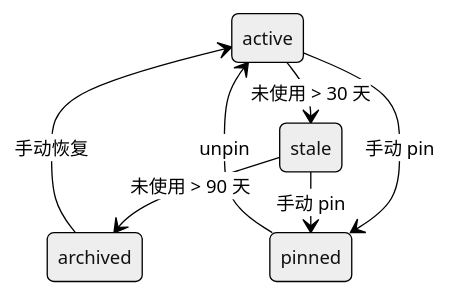
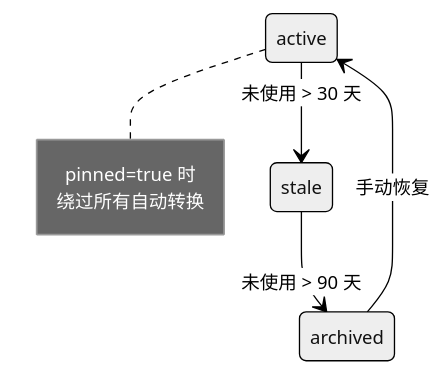
Before and after one commit to fang-lin/hermes-agent-code-analysis: the third of 3 diagrams in docs/zh/04-技能系统.md, drawn with Mermaid. The commit also changed other lines of this file, not shown here.

````diff
--- a/docs/zh/04-技能系统.md
+++ b/docs/zh/04-技能系统.md
@@ -223,10 +234,8 @@
 ```mermaid
 %%{init: {"theme": "neutral", "themeVariables": {"fontSize": "14px"}, "flowchart": {"nodeSpacing": 15, "rankSpacing": 25}}}%%
 stateDiagram-v2
     active --> stale : 未使用 > 30 天
     stale --> archived : 未使用 > 90 天
-    active --> pinned : 手动 pin
-    stale --> pinned : 手动 pin
-    pinned --> active : unpin
     archived --> active : 手动恢复
+    note right of active : pinned=true 时<br/>绕过所有自动转换
 ```
````
